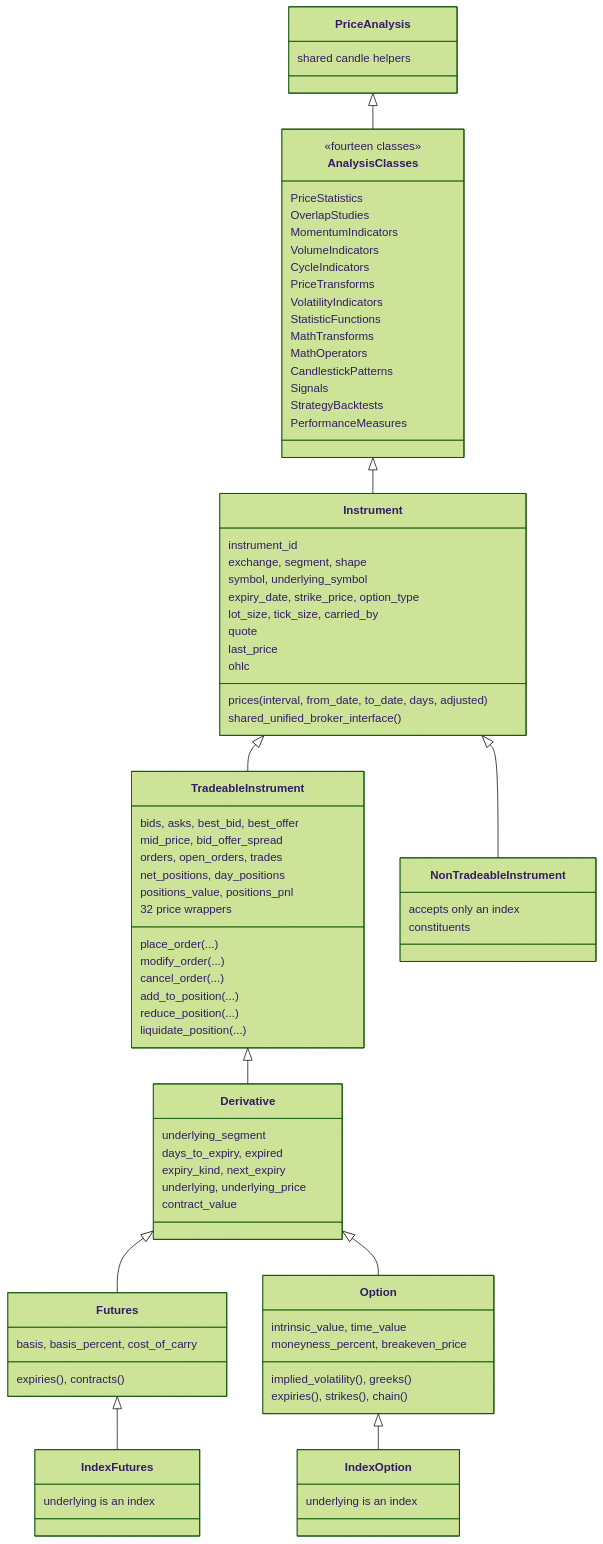
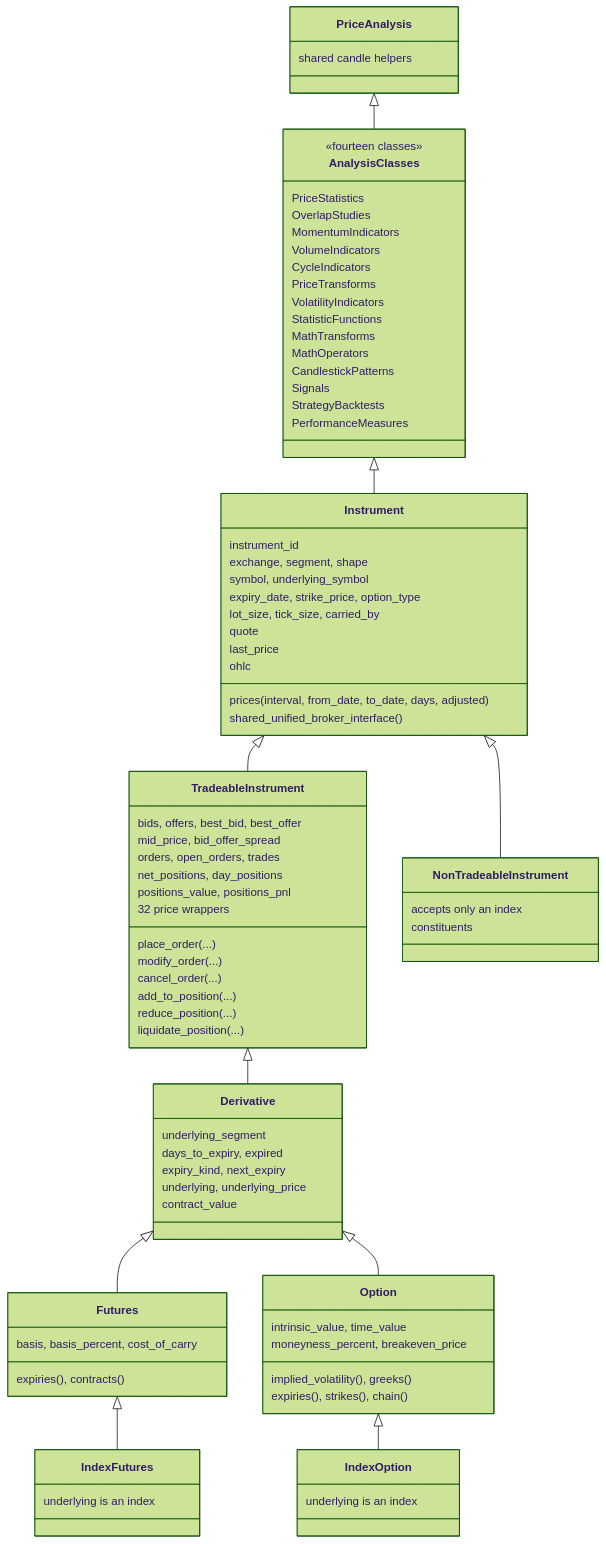
The first of 5 diagrams in docs/architecture/instrument-model.md (pramodathani/tradingmachine), drawn with Mermaid (forest theme) before and after one commit. The commit also changed other lines of this file and 6 other files, not shown here.

First line of the commit message:
Rename the order book's asks to offers

```diff
--- a/docs/architecture/instrument-model.md
+++ b/docs/architecture/instrument-model.md
@@ -44,7 +44,7 @@
         shared_unified_broker_interface()
     }
     class TradeableInstrument {
-        bids, asks, best_bid, best_offer
+        bids, offers, best_bid, best_offer
         mid_price, bid_offer_spread
         orders, open_orders, trades
         net_positions, day_positions
```
